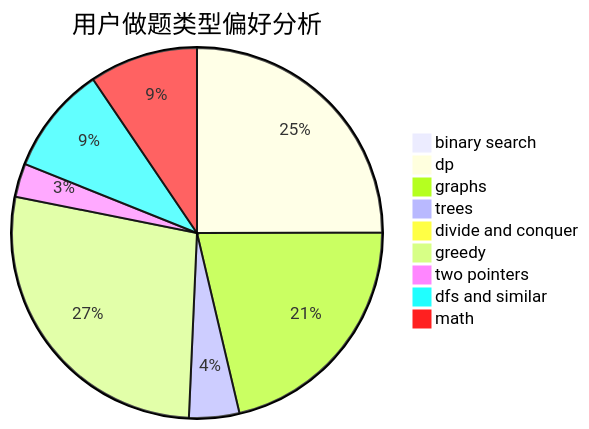
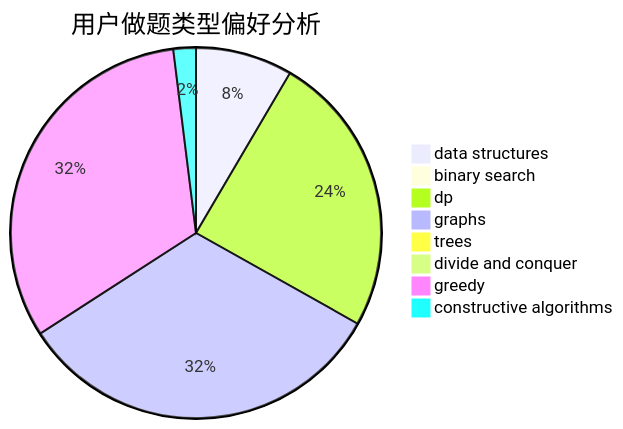
Before and after one commit to sherpahu/cfrs.github.io: the second of 3 diagrams in docs/user/u916.md, drawn with Mermaid. The commit also changed other lines of this file and 2775 other files, not shown here.

````diff
--- a/docs/user/u916.md
+++ b/docs/user/u916.md
@@ -23,12 +23,11 @@
 ```mermaid
 pie title 用户做题类型偏好分析
-    "binary search" :  13
-    "dp" :  393
-    "graphs" :  336
-    "trees" :  69
+    "data structures" :  86
+    "binary search" :  5
+    "dp" :  251
+    "graphs" :  333
+    "trees" :  0
     "divide and conquer" :  6
-    "greedy" :  432
-    "two pointers" :  46
-    "dfs and similar" :  149
-    "math" :  149
+    "greedy" :  327
+    "constructive algorithms" :  20
 ```
````
